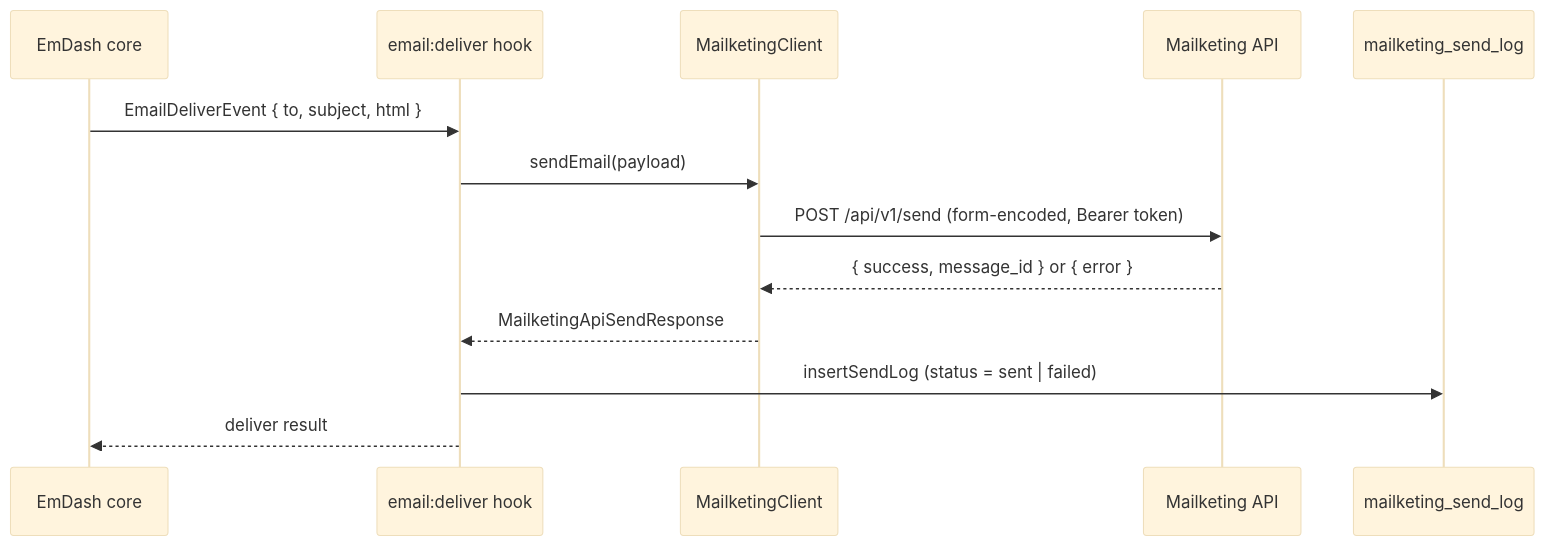
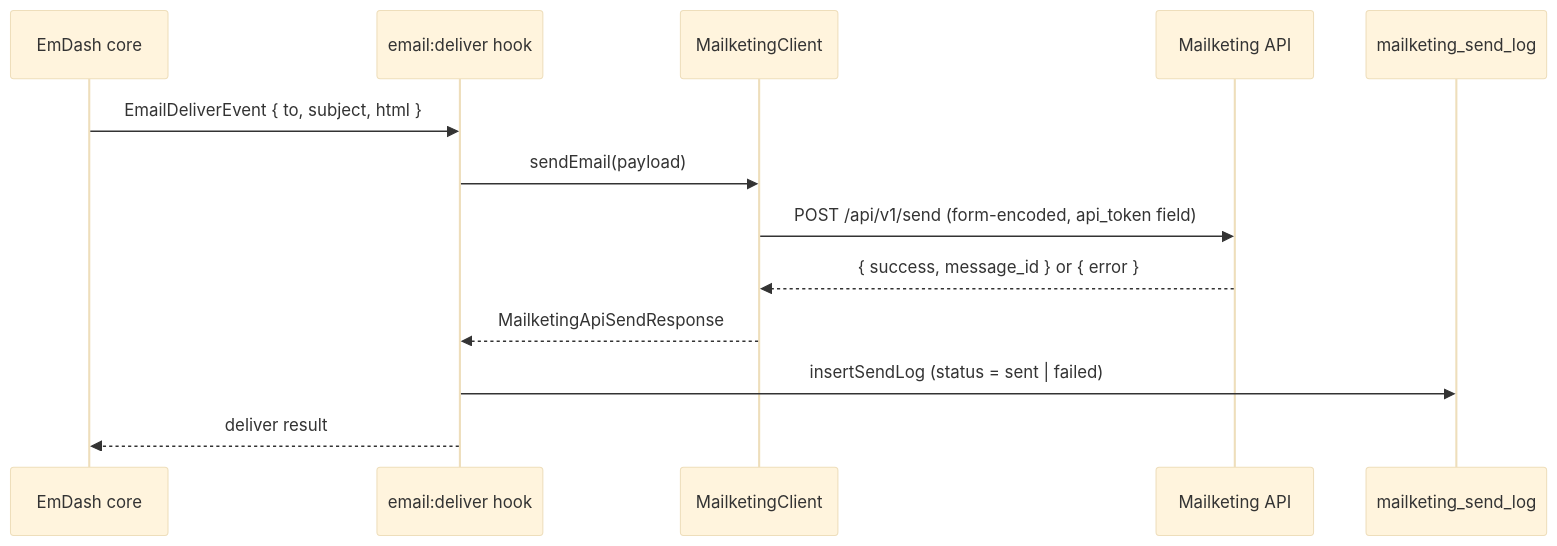
One commit to ahliweb/awcms-micro changed the second of 7 diagrams in awcmsmicro-dev/packages/plugins/awcms-micro-email-mailketing/docs/TECHNICAL_PRD.md. Above: the diagram before and after it, drawn with Mermaid (base theme). The commit also changed other lines of this file and 7 other files, not shown here.

````diff
--- a/awcmsmicro-dev/packages/plugins/awcms-micro-email-mailketing/docs/TECHNICAL_PRD.md
+++ b/awcmsmicro-dev/packages/plugins/awcms-micro-email-mailketing/docs/TECHNICAL_PRD.md
@@ -60,16 +60,16 @@
 ```mermaid
 sequenceDiagram
   participant EmDash as EmDash core
   participant Hook as email:deliver hook
   participant Client as MailketingClient
   participant API as Mailketing API
   participant Log as mailketing_send_log
 
   EmDash->>Hook: EmailDeliverEvent { to, subject, html }
   Hook->>Client: sendEmail(payload)
-  Client->>API: POST /api/v1/send (form-encoded, Bearer token)
+  Client->>API: POST /api/v1/send (form-encoded, api_token field)
   API-->>Client: { success, message_id } or { error }
   Client-->>Hook: MailketingApiSendResponse
   Hook->>Log: insertSendLog (status = sent | failed)
   Hook-->>EmDash: deliver result
 ```
````
